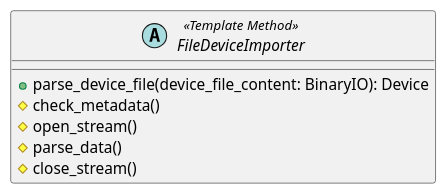
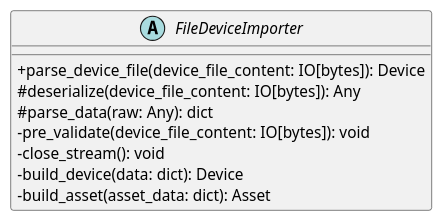
Before and after one commit to GroupRubberDuck/Documentazione: the diagram in src/PB/DocumentazioneEsterna/Specifica_Tecnica/content/uml/puml/Diagrammi_classi/Backend/OutboundAdapters/FileDeviceImporter.puml, drawn with PlantUML. The commit also changed 34 other files, not shown here.

```diff
--- a/src/PB/DocumentazioneEsterna/Specifica_Tecnica/content/uml/puml/Diagrammi_classi/Backend/OutboundAdapters/FileDeviceImporter.puml
+++ b/src/PB/DocumentazioneEsterna/Specifica_Tecnica/content/uml/puml/Diagrammi_classi/Backend/OutboundAdapters/FileDeviceImporter.puml
@@ -1,11 +1,14 @@
 @startuml FileDeviceImporter
+skinparam classAttributeIconSize 0
 
-abstract class FileDeviceImporter <<Template Method>> {
-    + parse_device_file(device_file_content: BinaryIO): Device
-    # check_metadata()
-    # open_stream()
-    # parse_data()
-    # close_stream()
+abstract class FileDeviceImporter {
+    + parse_device_file(device_file_content: IO[bytes]): Device
+    # deserialize(device_file_content: IO[bytes]): Any
+    # parse_data(raw: Any): dict
+    - pre_validate(device_file_content: IO[bytes]): void
+    - close_stream(): void
+    - build_device(data: dict): Device
+    - build_asset(asset_data: dict): Asset
 }
 
 @enduml
```
